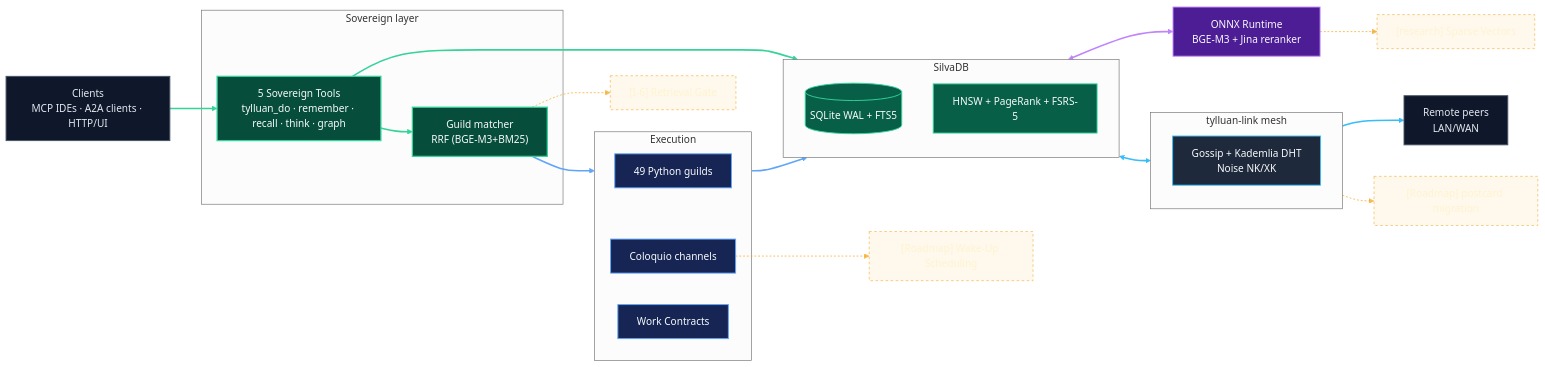
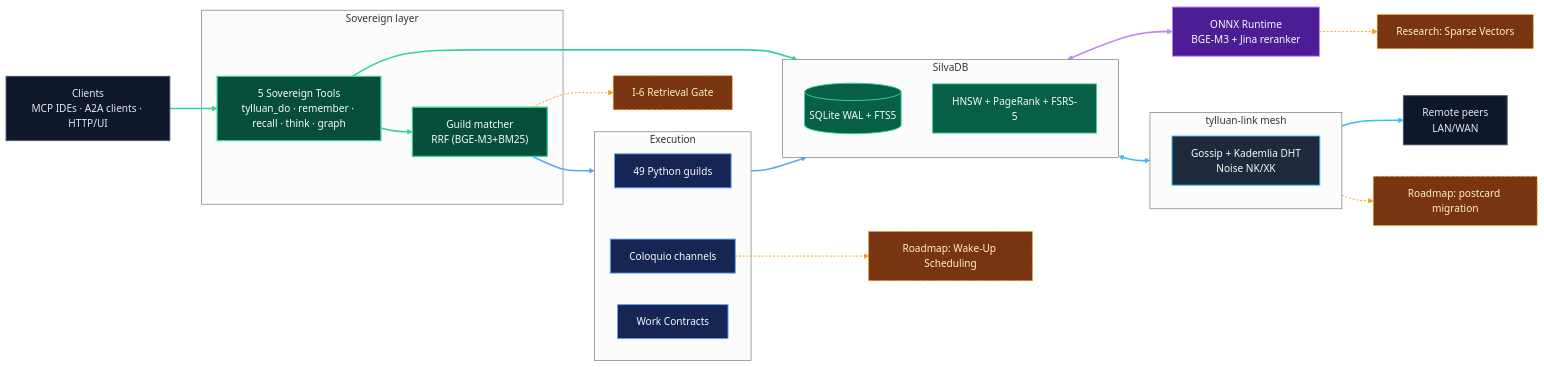
The diagram in README.md (Forja-orca/tylluan), drawn with Mermaid (neutral theme) before and after one commit. The commit also changed 1 other file, not shown here.

Commit message:
fix(docs): repair broken GitHub Mermaid render in README architecture diagram
GitHub's Mermaid renderer choked on 4 colors using 8-digit hex (RGBA
alpha channel), which it doesn't support: #f59e0b12, #f59e0b88,
#fef3c7cc, #f59e0baa in the classDef/linkStyle for the 'future'
(roadmap) nodes. Reported failure: "can't access property 'render',
t is undefined" on the public repo page.

- Replaced all 4 with 6-digit equivalents (solid colors, same visual
  intent: muted amber for not-yet-implemented roadmap items)
- Also removed literal square brackets from node label text
  (e.g. RGATE["[I-6] Retrieval Gate"] -> ["I-6 Retrieval Gate"]),
  a second known source of GitHub Mermaid parser crashes

docs/assets/architecture.svg: relabeled the CONTRACT-01 section header
to reflect that G6/Capability Contracts actually closed (37e97ee) —
the other 4 dashed roadmap boxes (Retrieval Gate, Sparse Vectors,
Coloquio Watch, Postcard) are still genuinely open, left untouched.

````diff
--- a/README.md
+++ b/README.md
@@ -313,68 +313,68 @@
 ```mermaid
 flowchart LR
   CLIENTS["Clients<br/>MCP IDEs · A2A clients · HTTP/UI"]
 
   subgraph SOVEREIGN["Sovereign layer"]
     TOOLS["5 Sovereign Tools<br/>tylluan_do · remember · recall · think · graph"]
     ROUTER["Guild matcher<br/>RRF (BGE-M3+BM25)"]
   end
 
   subgraph MEMORY["SilvaDB"]
     SILVA[("SQLite WAL + FTS5")]
     GRAPH["HNSW + PageRank + FSRS-5"]
   end
 
   subgraph EXEC["Execution"]
     GUILDS["49 Python guilds"]
     COLOQUIO["Coloquio channels"]
     CONTRACTS["Work Contracts"]
   end
 
   INFER["ONNX Runtime<br/>BGE-M3 + Jina reranker"]
 
   subgraph MESH["tylluan-link mesh"]
     P2P["Gossip + Kademlia DHT<br/>Noise NK/XK"]
   end
 
   PEERS["Remote peers<br/>LAN/WAN"]
 
-  RGATE["[I-6] Retrieval Gate"]:::future
-  WAKE["[Roadmap] Wake-Up Scheduling"]:::future
-  SPARSE["[research] Sparse Vectors"]:::future
-  POSTCARD["[Roadmap] postcard migration"]:::future
+  RGATE["I-6 Retrieval Gate"]:::future
+  WAKE["Roadmap: Wake-Up Scheduling"]:::future
+  SPARSE["Research: Sparse Vectors"]:::future
+  POSTCARD["Roadmap: postcard migration"]:::future
 
   CLIENTS ==> TOOLS
   TOOLS ==> ROUTER
   TOOLS ==> MEMORY
   ROUTER ==> EXEC
   EXEC ==> MEMORY
   MEMORY <==> INFER
   MEMORY <==> MESH
   MESH ==> PEERS
 
   ROUTER -.-> RGATE
   COLOQUIO -.-> WAKE
   INFER -.-> SPARSE
   MESH -.-> POSTCARD
 
   classDef sovStyle fill:#064e3b,stroke:#34d399,color:#f8fafc,stroke-width:2px;
   classDef memStyle fill:#065f46,stroke:#34d399,color:#f8fafc,stroke-width:1.5px;
   classDef execStyle fill:#172554,stroke:#60a5fa,color:#f8fafc,stroke-width:1.5px;
   classDef inferStyle fill:#4c1d95,stroke:#c084fc,color:#f8fafc,stroke-width:1.5px;
   classDef meshStyle fill:#1e293b,stroke:#38bdf8,color:#f8fafc,stroke-width:1.5px;
   classDef extStyle fill:#0f172a,stroke:#475569,color:#e2e8f0,stroke-width:1.5px;
-  classDef future fill:#f59e0b12,stroke:#f59e0b88,stroke-width:1.5px,stroke-dasharray:4 4,color:#fef3c7cc;
+  classDef future fill:#78350f,stroke:#f59e0b,stroke-width:1.5px,stroke-dasharray:4 4,color:#fef3c7;
 
   class CLIENTS,PEERS extStyle;
   class TOOLS,ROUTER sovStyle;
   class SILVA,GRAPH memStyle;
   class GUILDS,COLOQUIO,CONTRACTS execStyle;
   class INFER inferStyle;
   class P2P meshStyle;
 
   linkStyle 0,1,2 stroke:#34d399,stroke-width:2.5px;
   linkStyle 3,4 stroke:#60a5fa,stroke-width:2.5px;
   linkStyle 5 stroke:#c084fc,stroke-width:2.5px;
   linkStyle 6,7 stroke:#38bdf8,stroke-width:2.5px;
-  linkStyle 8,9,10,11 stroke:#f59e0baa,stroke-width:1.5px,stroke-dasharray:3 3;
+  linkStyle 8,9,10,11 stroke:#f59e0b,stroke-width:1.5px,stroke-dasharray:3 3;
 ```
````
